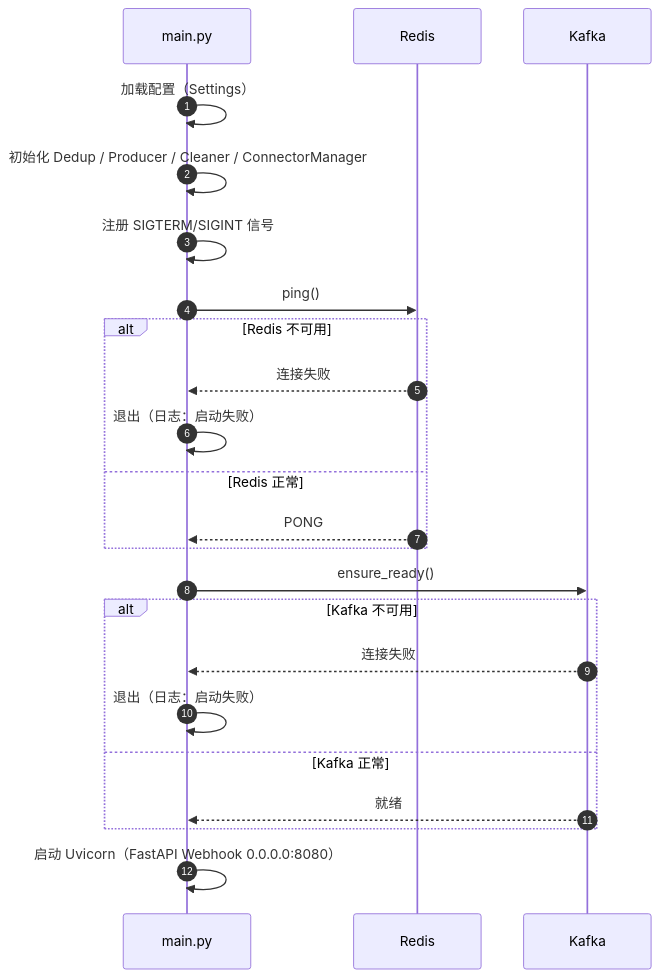
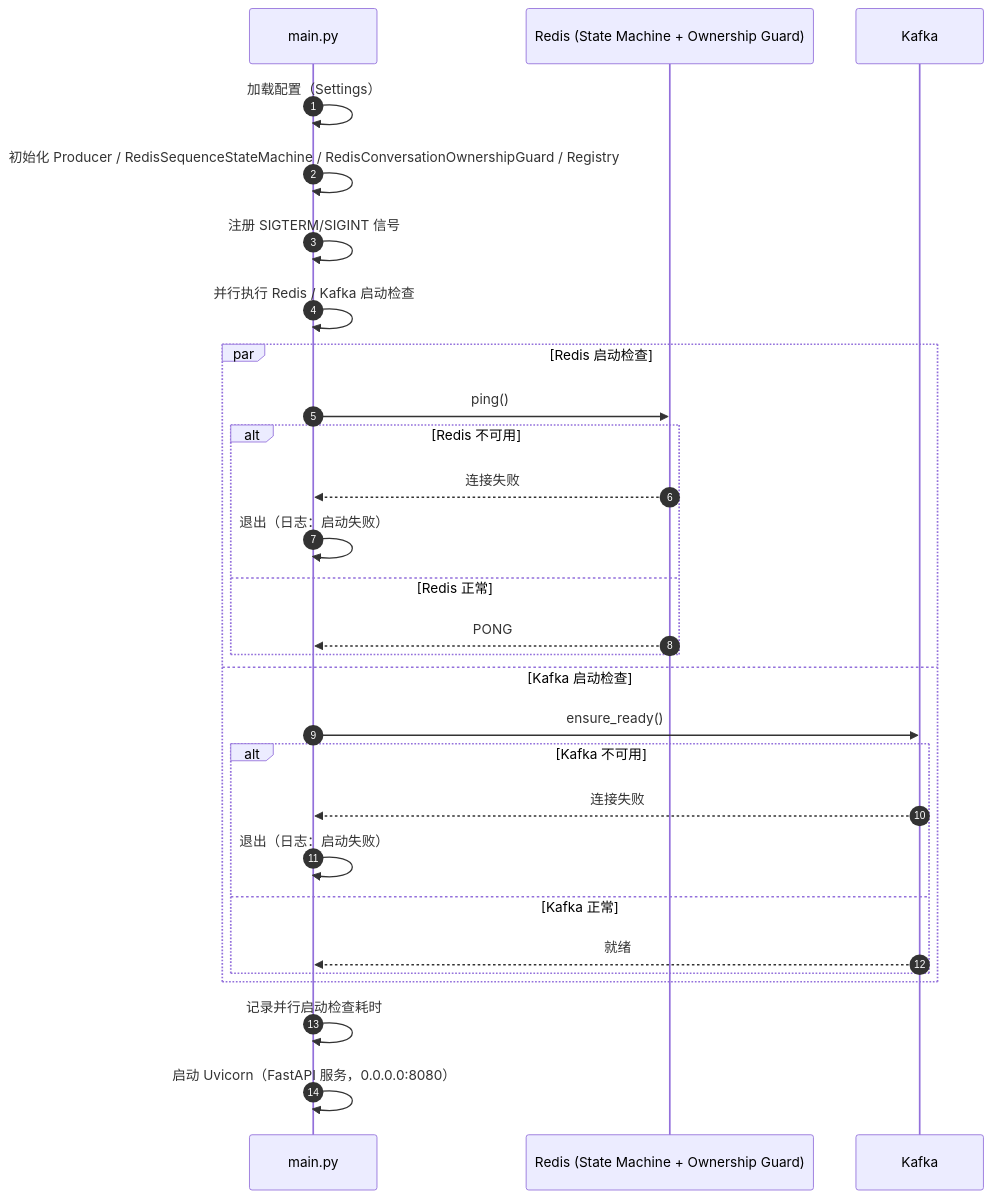
One commit to xiaodouya001/transcribe_service changed the second of 6 diagrams in design/application-design_zh.md. Above: the diagram before and after it, drawn with Mermaid. The commit also changed other lines of this file and 47 other files, not shown here.

````diff
--- a/design/application-design_zh.md
+++ b/design/application-design_zh.md
@@ -80,29 +80,34 @@
 ```mermaid
 sequenceDiagram
     autonumber
     participant Main as main.py
-    participant Redis as Redis
+    participant RedisCore as Redis (State Machine + Ownership Guard)
     participant Kafka as Kafka
 
     Main->>Main: 加载配置（Settings）
-    Main->>Main: 初始化 Dedup / Producer / Cleaner / ConnectorManager
+    Main->>Main: 初始化 Producer / RedisSequenceStateMachine / RedisConversationOwnershipGuard / Registry
     Main->>Main: 注册 SIGTERM/SIGINT 信号
 
-    Main->>Redis: ping()
-    alt Redis 不可用
-        Redis-->>Main: 连接失败
-        Main->>Main: 退出（日志：启动失败）
-    else Redis 正常
-        Redis-->>Main: PONG
+    Main->>Main: 并行执行 Redis / Kafka 启动检查
+    par Redis 启动检查
+        Main->>RedisCore: ping()
+        alt Redis 不可用
+            RedisCore-->>Main: 连接失败
+            Main->>Main: 退出（日志：启动失败）
+        else Redis 正常
+            RedisCore-->>Main: PONG
+        end
+    and Kafka 启动检查
+        Main->>Kafka: ensure_ready()
+        alt Kafka 不可用
+            Kafka-->>Main: 连接失败
+            Main->>Main: 退出（日志：启动失败）
+        else Kafka 正常
+            Kafka-->>Main: 就绪
+        end
     end
 
-    Main->>Kafka: ensure_ready()
-    alt Kafka 不可用
-        Kafka-->>Main: 连接失败
-        Main->>Main: 退出（日志：启动失败）
-    else Kafka 正常
-        Kafka-->>Main: 就绪
-    end
+    Main->>Main: 记录并行启动检查耗时
 
-    Main->>Main: 启动 Uvicorn（FastAPI Webhook 0.0.0.0:8080）
+    Main->>Main: 启动 Uvicorn（FastAPI 服务，0.0.0.0:8080）
 ```
````
